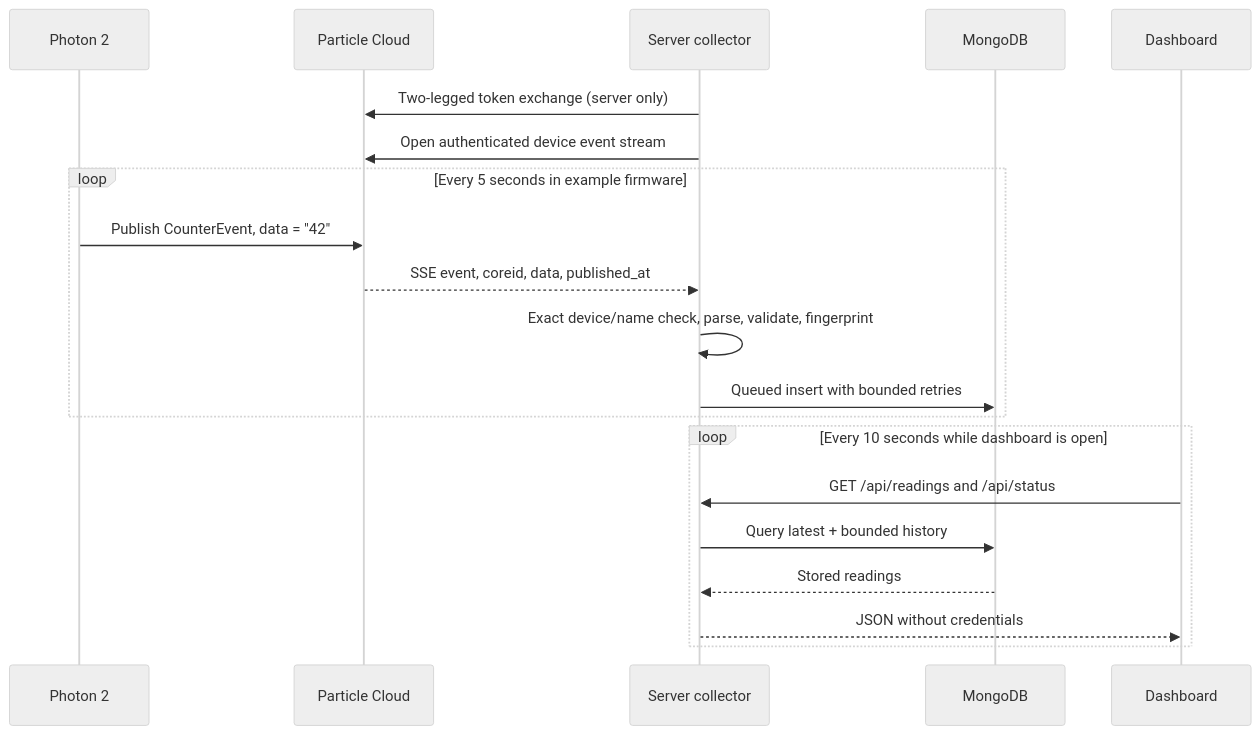
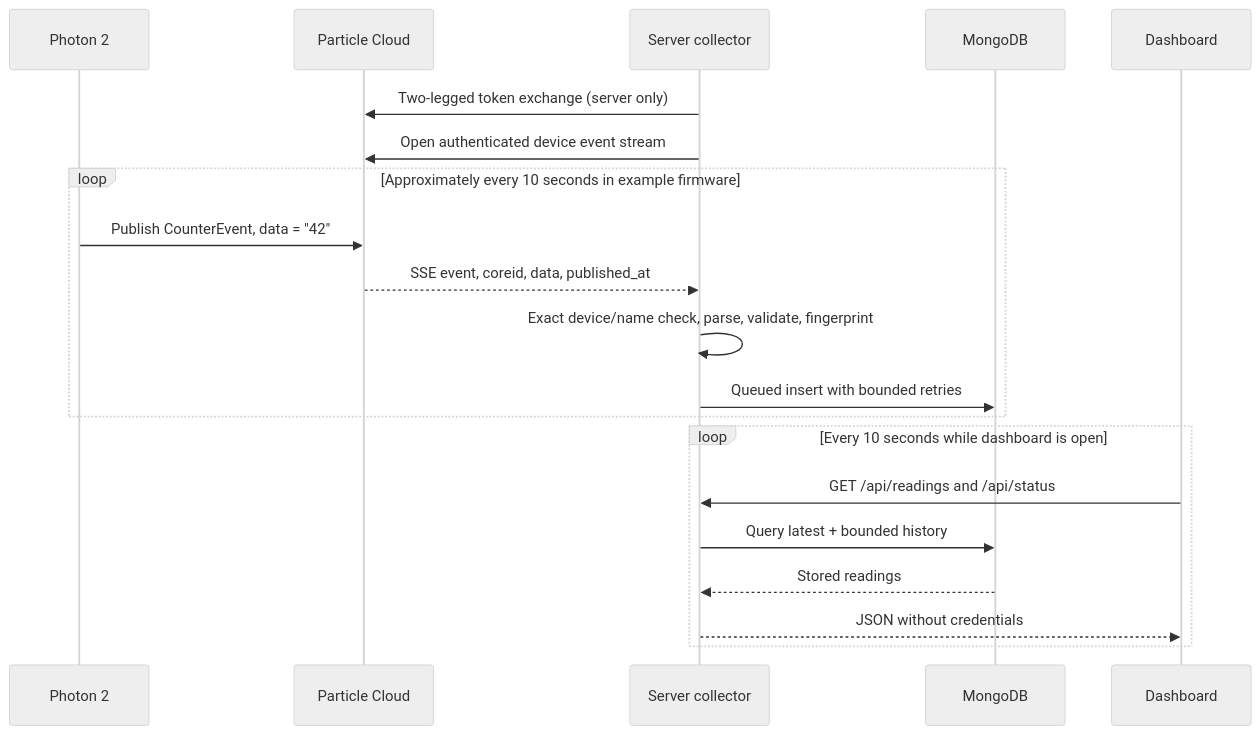
Before and after one commit to zhaw-iwi/particle-iot-app-template: the diagram in docs/data-flow.md, drawn with Mermaid (neutral theme). The commit also changed other lines of this file and 18 other files, not shown here.

````diff
--- a/docs/data-flow.md
+++ b/docs/data-flow.md
@@ -5,22 +5,22 @@
 ```mermaid
 sequenceDiagram
   participant D as Photon 2
   participant P as Particle Cloud
   participant C as Server collector
   participant M as MongoDB
   participant B as Dashboard
   C->>P: Two-legged token exchange (server only)
   C->>P: Open authenticated device event stream
-  loop Every 5 seconds in example firmware
+  loop Approximately every 10 seconds in example firmware
     D->>P: Publish CounterEvent, data = "42"
     P-->>C: SSE event, coreid, data, published_at
     C->>C: Exact device/name check, parse, validate, fingerprint
     C->>M: Queued insert with bounded retries
   end
   loop Every 10 seconds while dashboard is open
     B->>C: GET /api/readings and /api/status
     C->>M: Query latest + bounded history
     M-->>C: Stored readings
     C-->>B: JSON without credentials
   end
 ```
````
